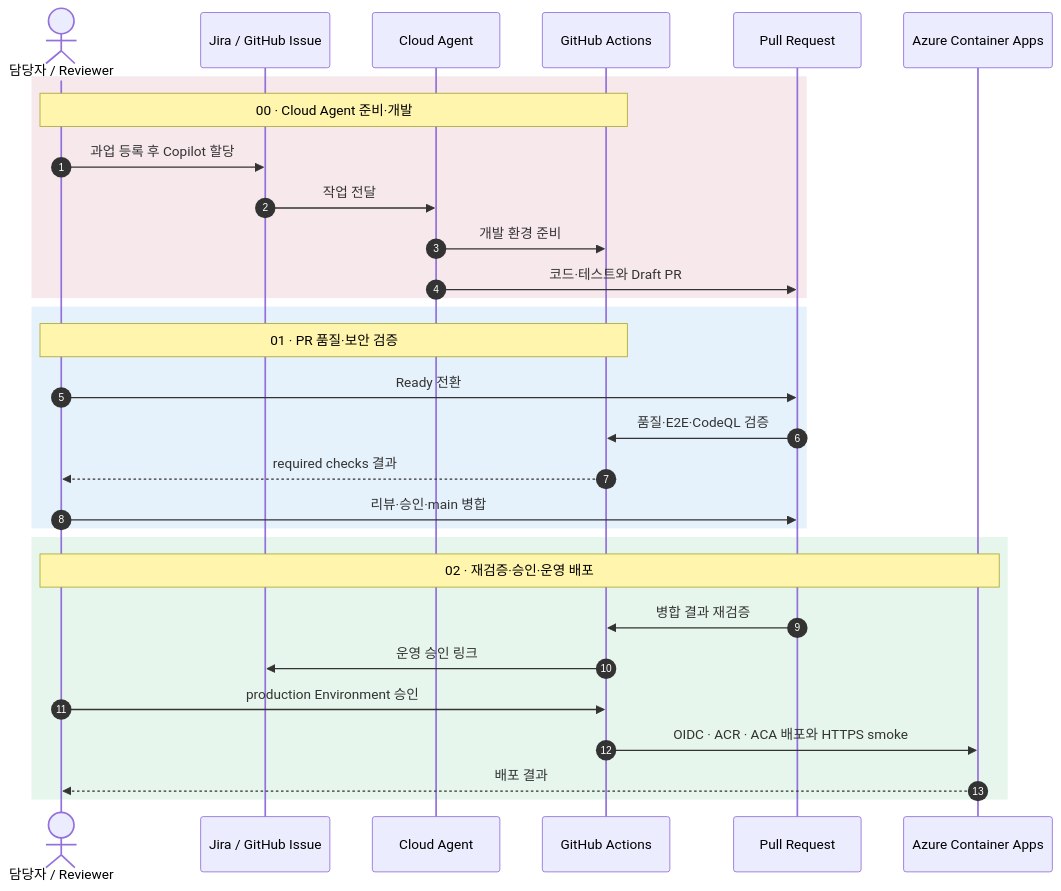
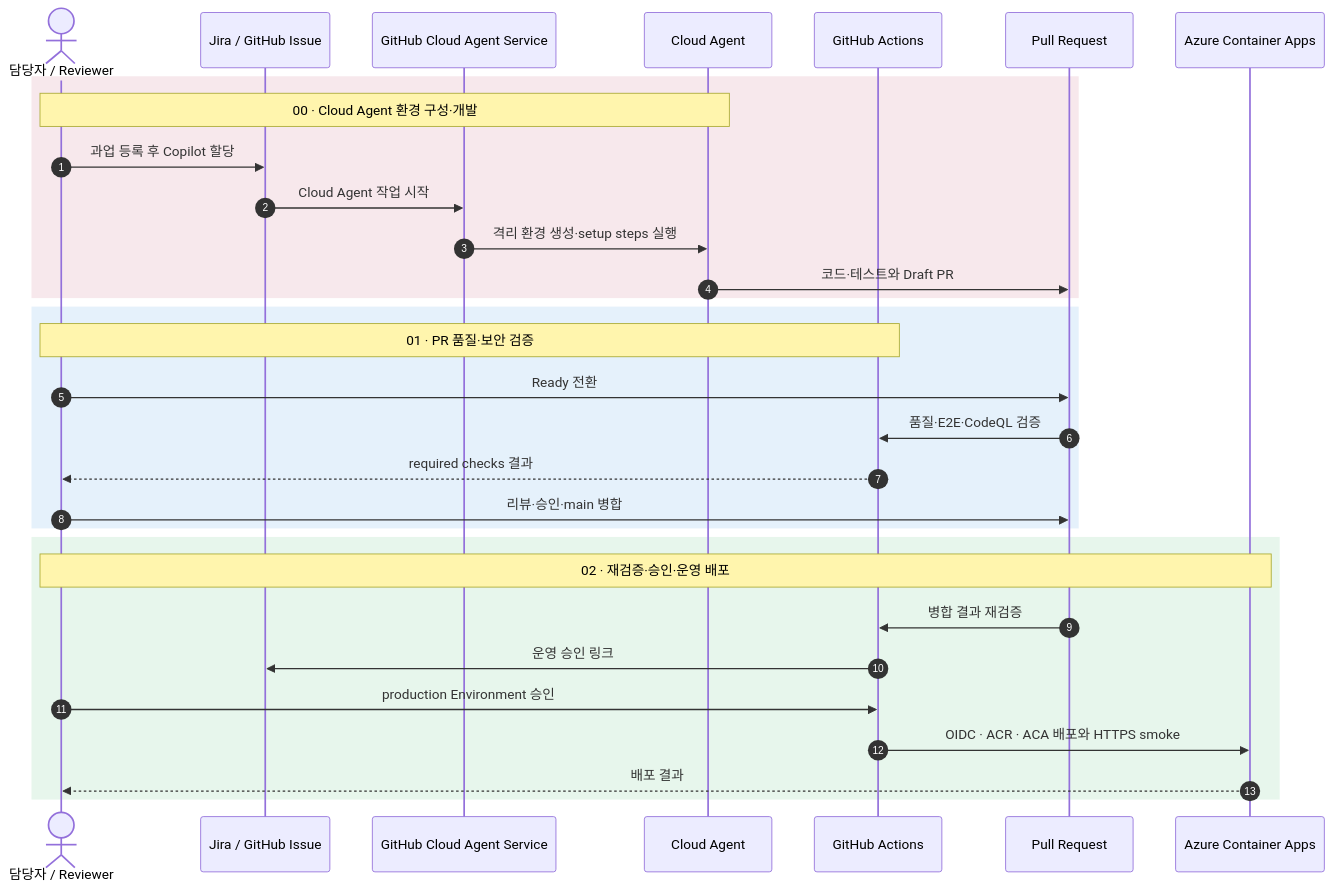
The first of 4 diagrams in README.md (hijigoo/dev-agent-workflow), drawn with Mermaid before and after one commit. The commit also changed 1 other file, not shown here.

Commit message:
docs: correct cloud agent setup flow

````diff
--- a/README.md
+++ b/README.md
@@ -69,33 +69,34 @@
 ```mermaid
 sequenceDiagram
     autonumber
     actor Human as 담당자 / Reviewer
     participant Issue as Jira / GitHub Issue
+    participant GitHub as GitHub Cloud Agent Service
     participant Agent as Cloud Agent
     participant Actions as GitHub Actions
     participant PR as Pull Request
     participant Azure as Azure Container Apps
 
     rect rgba(177, 31, 75, 0.10)
-        Note over Human,Actions: 00 · Cloud Agent 준비·개발
+        Note over Human,Agent: 00 · Cloud Agent 환경 구성·개발
         Human->>Issue: 과업 등록 후 Copilot 할당
-        Issue->>Agent: 작업 전달
-        Agent->>Actions: 개발 환경 준비
+        Issue->>GitHub: Cloud Agent 작업 시작
+        GitHub->>Agent: 격리 환경 생성·setup steps 실행
         Agent->>PR: 코드·테스트와 Draft PR
     end
     rect rgba(0, 120, 212, 0.10)
         Note over Human,Actions: 01 · PR 품질·보안 검증
         Human->>PR: Ready 전환
         PR->>Actions: 품질·E2E·CodeQL 검증
         Actions-->>Human: required checks 결과
         Human->>PR: 리뷰·승인·main 병합
     end
     rect rgba(22, 163, 74, 0.10)
         Note over Human,Azure: 02 · 재검증·승인·운영 배포
         PR->>Actions: 병합 결과 재검증
         Actions->>Issue: 운영 승인 링크
         Human->>Actions: production Environment 승인
         Actions->>Azure: OIDC · ACR · ACA 배포와 HTTPS smoke
         Azure-->>Human: 배포 결과
     end
 ```
````
